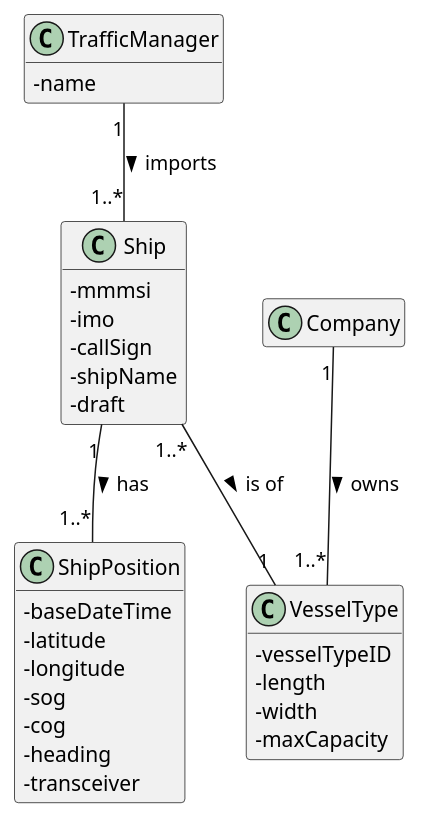
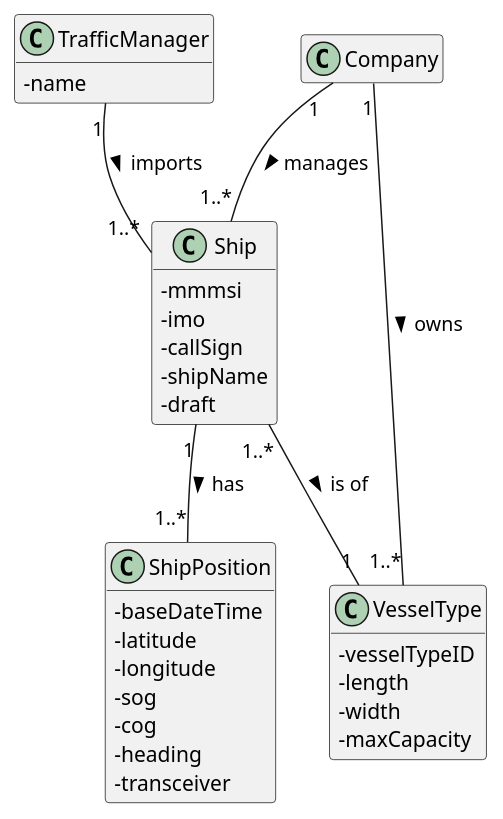
One commit to ana-albergaria/LAPR3-ISEP changed the diagram in docs/US101/US_101_DM.puml. Above: the diagram before and after it, drawn with PlantUML. The commit also changed 1 other file, not shown here.

```diff
--- a/docs/US101/US_101_DM.puml
+++ b/docs/US101/US_101_DM.puml
@@ -1,45 +1,46 @@
 @startuml
 'https://plantuml.com/class-diagram
 hide empty methods
 hide empty attributes
 skinparam classAttributeIconSize 0
 
 class TrafficManager{
     -name
 }
 
 class Company{}
 
 class Ship {
     -mmmsi /'MMSI - 1'/
     -imo /'IMO - 9'/
     -callSign /'CallSign - 10'/
     -shipName /'VesselName - 8'/
     -draft /'Draft - 14'/
     '-shipPositions /'BST que guarda Positions'/
     '-vesselType /'objeto do tipo VesselType'/
 }
 
 class VesselType{
     -vesselTypeID /'VesselType - 11'/
     -length /'Length - 12'/
     -width /'Width - 13'/
     -maxCapacity /'Cargo - 15'/
 }
 
 class ShipPosition {
     -baseDateTime /'BaseDateTime - 2'/
     -latitude /'LAT - 3'/
     -longitude /'LON - 4'/
     -sog /'SOG - 5'/
     -cog /'COG - 6'/
     -heading /'Heading - 7'/
     -transceiver /'TransceiverClass - 16'/
 }
 
 Company "1" -- "1..*" VesselType : owns >
 Ship "1..*" -- "1" VesselType : is of >
 TrafficManager "1" -- "1..*" Ship : imports >
 Ship "1" -- "1..*" ShipPosition : has >
+Company "1" -- "1..*" Ship : manages >
 
 @enduml
```
